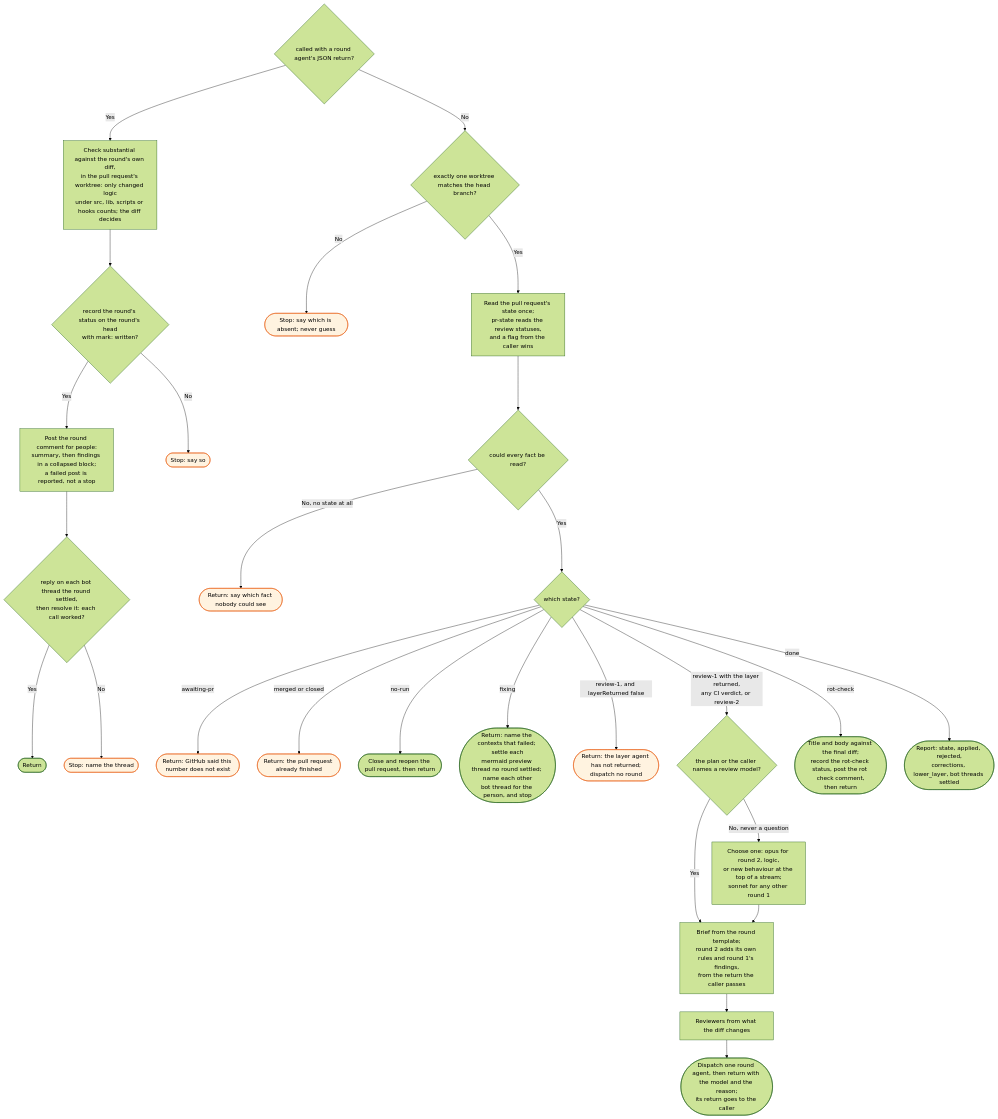
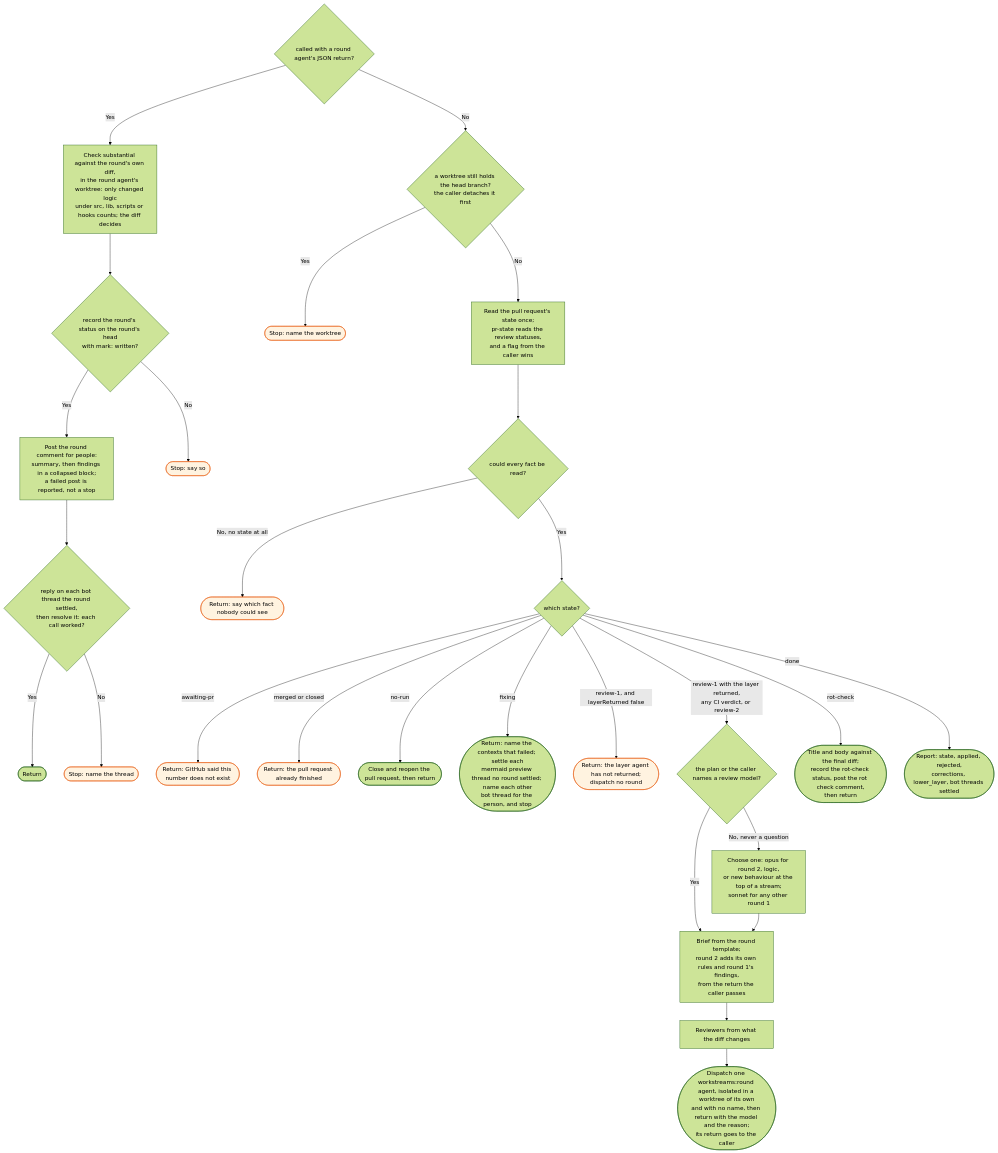
One commit to bje-settings/claude changed the diagram in docs/flows/workstreams/review/_skill-flow.md. Above: the diagram before and after it, drawn with Mermaid (forest theme). The commit also changed other lines of this file and 8 other files, not shown here.

Commit message:
docs(workstreams): record the hook rule, flows and README for isolated agents

````diff
--- a/docs/flows/workstreams/review/_skill-flow.md
+++ b/docs/flows/workstreams/review/_skill-flow.md
@@ -15,36 +15,36 @@
 ```mermaid
 flowchart TD
     R0{called with a round agent's JSON return?}
-    R0 -->|Yes| RS[Check substantial against the round's own diff,<br/>in the pull request's worktree: only changed logic<br/>under src, lib, scripts or hooks counts; the diff decides]
+    R0 -->|Yes| RS[Check substantial against the round's own diff,<br/>in the round agent's worktree: only changed logic<br/>under src, lib, scripts or hooks counts; the diff decides]
     RS --> R2{record the round's status on the round's head<br/>with mark: written?}
     R2 -->|Yes| CM[Post the round comment for people:<br/>summary, then findings in a collapsed block;<br/>a failed post is reported, not a stop]
     CM --> BT{reply on each bot thread the round settled,<br/>then resolve it: each call worked?}
     R2 -->|No| R3([Stop: say so]):::stop
     BT -->|Yes| R1([Return])
     BT -->|No| BT1([Stop: name the thread]):::stop
-    R0 -->|No| W{exactly one worktree matches the head branch?}
-    W -->|No| W1([Stop: say which is absent; never guess]):::stop
-    W -->|Yes| C[Read the pull request's state once;<br/>pr-state reads the review statuses,<br/>and a flag from the caller wins]
+    R0 -->|No| W{a worktree still holds the head branch?<br/>the caller detaches it first}
+    W -->|Yes| W1([Stop: name the worktree]):::stop
+    W -->|No| C[Read the pull request's state once;<br/>pr-state reads the review statuses,<br/>and a flag from the caller wins]
 
     C --> D{could every fact be read?}
     D -->|No, no state at all| D1([Return: say which fact nobody could see]):::stop
     D -->|Yes| E{which state?}
 
     E -->|awaiting-pr| E1([Return: GitHub said this number does not exist]):::stop
     E -->|merged or closed| E1b([Return: the pull request already finished]):::stop
     E -->|no-run| F([Close and reopen the pull request, then return])
     E -->|fixing| G2([Return: name the contexts that failed; settle each<br/>mermaid preview thread no round settled; name each other<br/>bot thread for the person, and stop])
 
     E -->|review-1, and layerReturned false| EL([Return: the layer agent has not returned;<br/>dispatch no round]):::stop
     E -->|review-1 with the layer returned,<br/>any CI verdict, or review-2| M{the plan or the caller names a review model?}
     M -->|Yes| I
     M -->|No, never a question| M1[Choose one: opus for round 2, logic,<br/>or new behaviour at the top of a stream;<br/>sonnet for any other round 1] --> I
     I[Brief from the round template;<br/>round 2 adds its own rules and round 1's findings,<br/>from the return the caller passes]
     I --> J[Reviewers from what the diff changes]
-    J --> K([Dispatch one round agent, then return with the model and the reason;<br/>its return goes to the caller])
+    J --> K([Dispatch one workstreams:round agent, isolated in a worktree of its own<br/>and with no name, then return with the model and the reason;<br/>its return goes to the caller])
 
     E -->|rot-check| Q([Title and body against the final diff;<br/>record the rot-check status, post the rot check comment,<br/>then return])
     E -->|done| S([Report: state, applied, rejected,<br/>corrections, lower_layer, bot threads settled])
 
     classDef stop fill:#fff3e0,stroke:#e65100,color:#000
 ```
````
